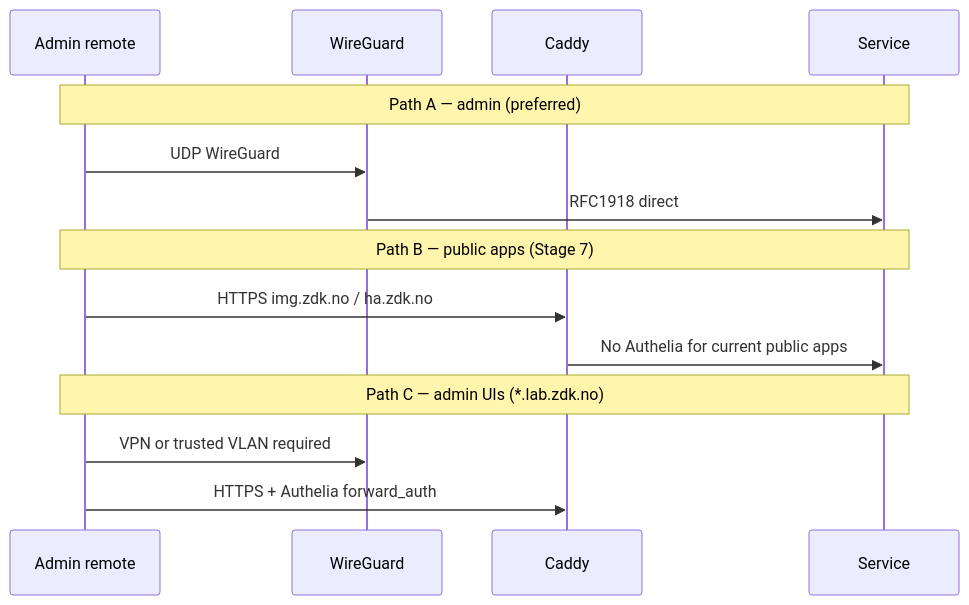
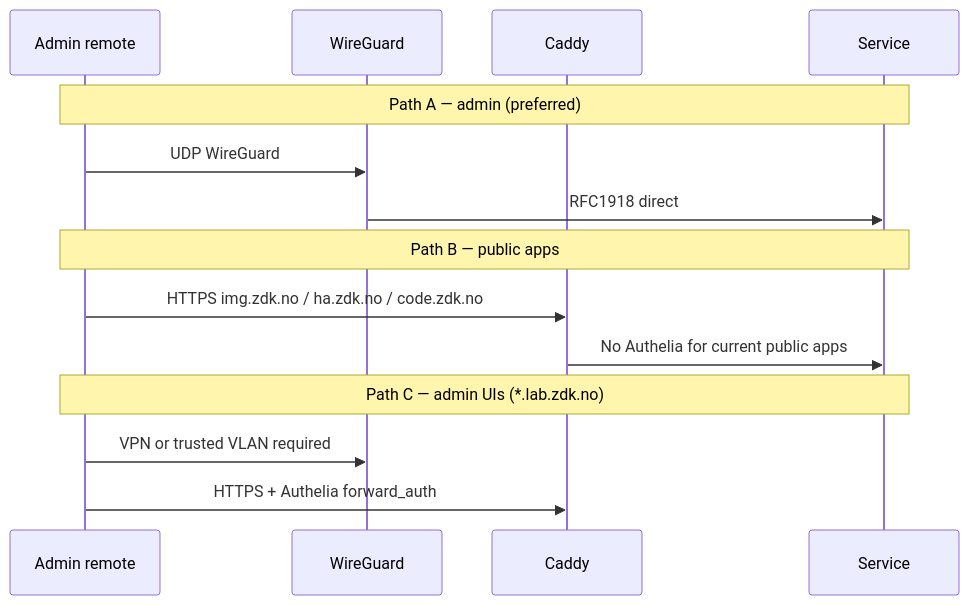
One commit to sknutsen/network changed the third of 4 diagrams in docs/architecture.md. Above: the diagram before and after it, drawn with Mermaid. The commit also changed other lines of this file and 25 other files, not shown here.

````diff
--- a/docs/architecture.md
+++ b/docs/architecture.md
@@ -92,19 +92,19 @@
 ```mermaid
 sequenceDiagram
   participant Admin as Admin remote
   participant WG as WireGuard
   participant Caddy as Caddy
   participant Svc as Service
 
   Note over Admin,Svc: Path A — admin (preferred)
   Admin->>WG: UDP WireGuard
   WG->>Svc: RFC1918 direct
 
-  Note over Admin,Svc: Path B — public apps (Stage 7)
-  Admin->>Caddy: HTTPS img.zdk.no / ha.zdk.no
+  Note over Admin,Svc: Path B — public apps
+  Admin->>Caddy: HTTPS img.zdk.no / ha.zdk.no / code.zdk.no
   Caddy->>Svc: No Authelia for current public apps
 
   Note over Admin,Svc: Path C — admin UIs (*.lab.zdk.no)
   Admin->>WG: VPN or trusted VLAN required
   Admin->>Caddy: HTTPS + Authelia forward_auth
 ```
````
